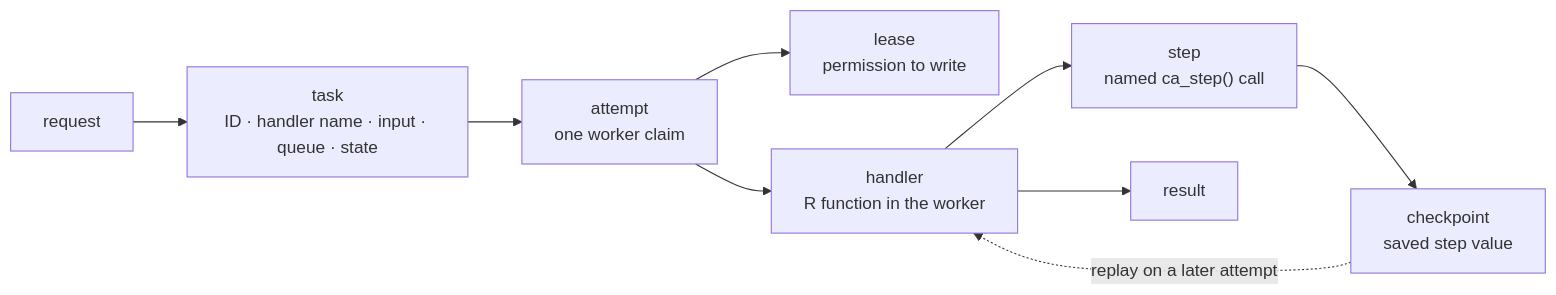
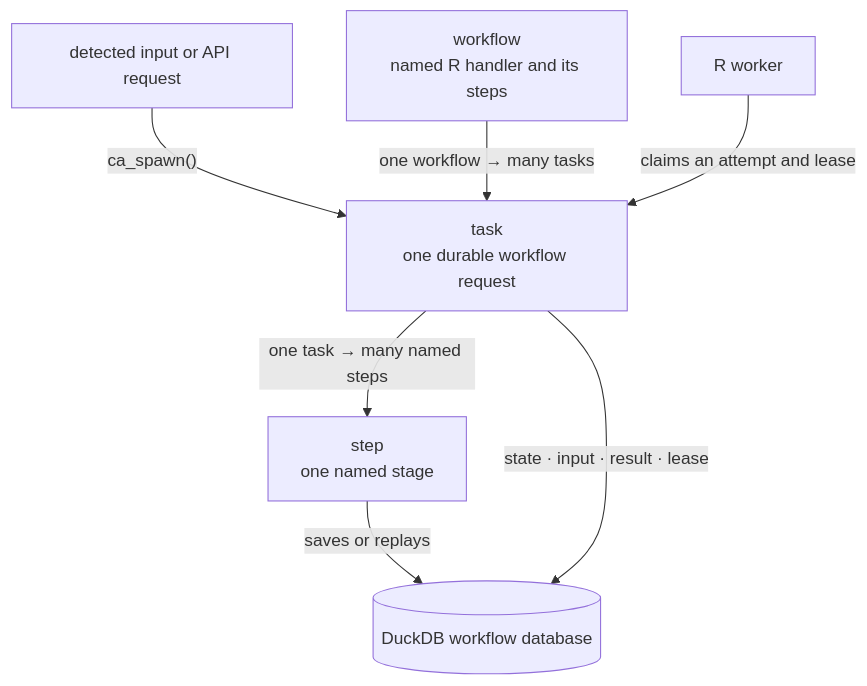
The diagram in vignettes/getting-started.Rmd (RGenomicsETL/CanardAbsurd), drawn with Mermaid before and after one commit. The commit also changed other lines of this file and 2 other files, not shown here.

Commit message:
deslopify(docs): show workflow hierarchy and database ownership

````diff
--- a/vignettes/getting-started.Rmd
+++ b/vignettes/getting-started.Rmd
@@ -21,11 +21,10 @@
 ```mermaid
-flowchart LR
-  Request["request"] --> Task["task<br/>ID · handler name · input · queue · state"]
-  Task --> Attempt["attempt<br/>one worker claim"]
-  Attempt --> Lease["lease<br/>permission to write"]
-  Attempt --> Handler["handler<br/>R function in the worker"]
-  Handler --> Step["step<br/>named ca_step() call"]
-  Step --> Checkpoint["checkpoint<br/>saved step value"]
-  Checkpoint -. replay on a later attempt .-> Handler
-  Handler --> Result["result"]
+flowchart TB
+  Request["detected input or API request"] -->|"ca_spawn()"| Task
+  Workflow["workflow<br/>named R handler and its steps"] -->|"one workflow → many tasks"| Task
+  Task["task<br/>one durable workflow request"] -->|"one task → many named steps"| Step
+  Worker["R worker"] -->|"claims an attempt and lease"| Task
+  Step["step<br/>one named stage"] -->|"saves or replays"| State
+  Task -->|"state · input · result · lease"| State
+  State[("DuckDB workflow database")]
 ```
````
